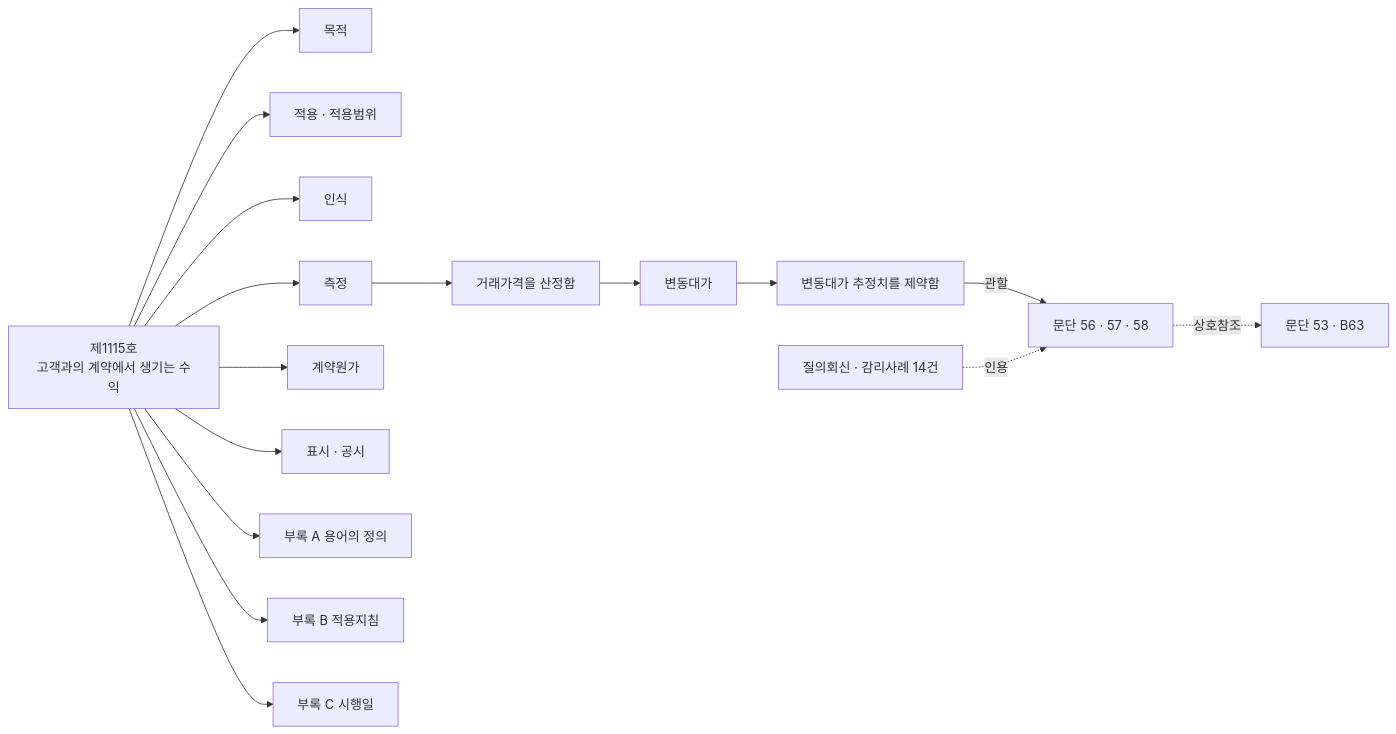
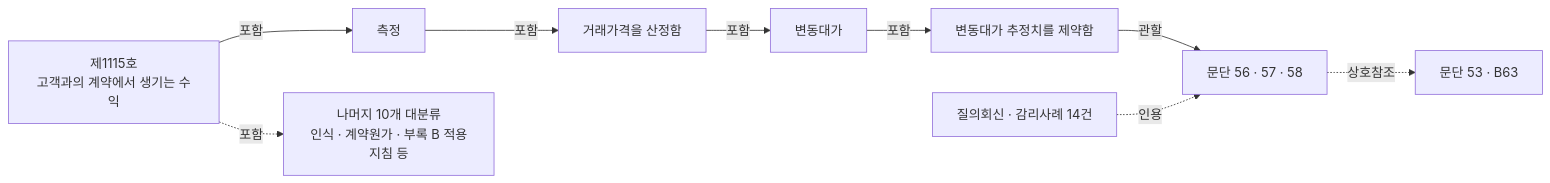
One commit to ghdtjrgns321-creator/k-ifrs-1115 changed the diagram in README.md. Above: the diagram before and after it, drawn with Mermaid.

Commit message:
docs(readme): 지식그래프 도식을 핵심 경로 중심으로 압축 + 간선 서술어 표기

````diff
--- a/README.md
+++ b/README.md
@@ -13,21 +13,13 @@
 ```mermaid
 graph LR
     R["제1115호<br/>고객과의 계약에서 생기는 수익"]
-    R --> T1["목적"]
-    R --> T2["적용 · 적용범위"]
-    R --> T3["인식"]
-    R --> T4["측정"]
-    R --> T5["계약원가"]
-    R --> T6["표시 · 공시"]
-    R --> T7["부록 A 용어의 정의"]
-    R --> T8["부록 B 적용지침"]
-    R --> T9["부록 C 시행일"]
+    R -->|포함| T4["측정"]
+    R -.->|포함| ETC["나머지 10개 대분류<br/>인식 · 계약원가 · 부록 B 적용지침 등"]
 
-    T4 --> M1["거래가격을 산정함"]
-    M1 --> M2["변동대가"]
-    M2 --> M3["변동대가 추정치를 제약함"]
-
+    T4 -->|포함| M1["거래가격을 산정함"]
+    M1 -->|포함| M2["변동대가"]
+    M2 -->|포함| M3["변동대가 추정치를 제약함"]
     M3 -->|관할| P["문단 56 · 57 · 58"]
     P -.->|상호참조| P2["문단 53 · B63"]
     S["질의회신 · 감리사례 14건"] -.->|인용| P
 ```
````
